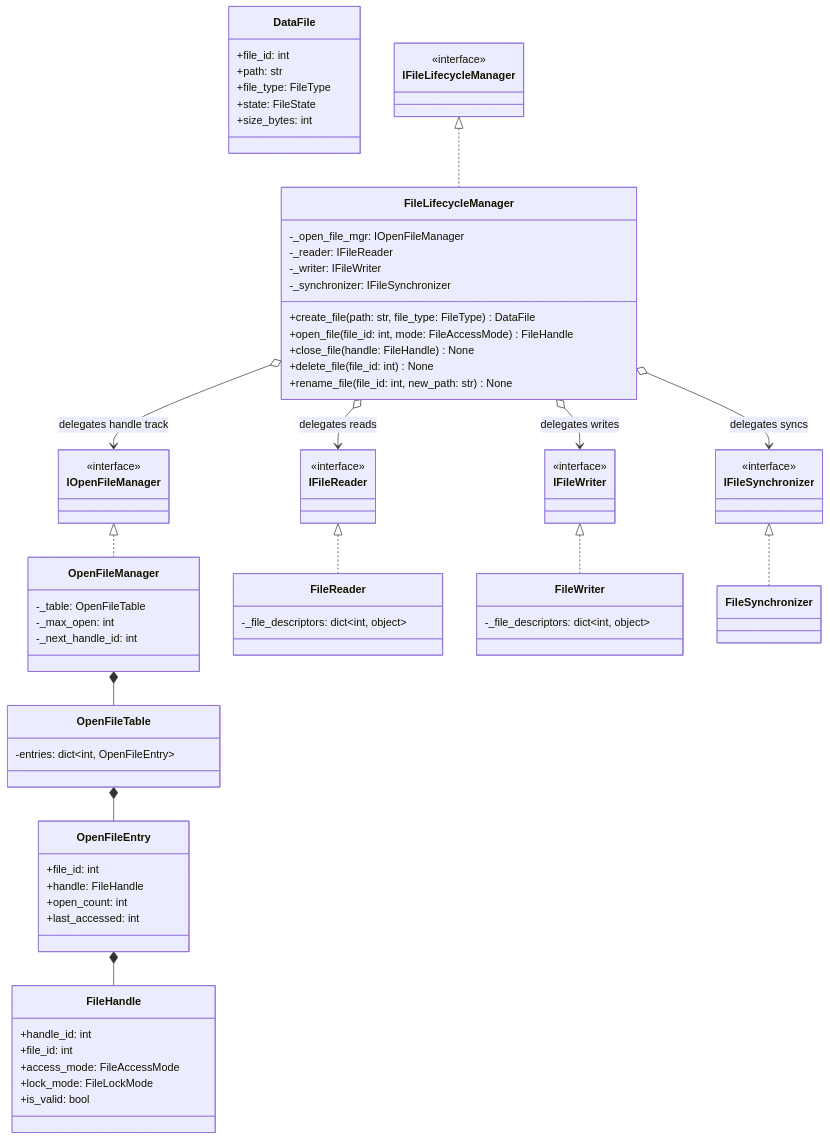
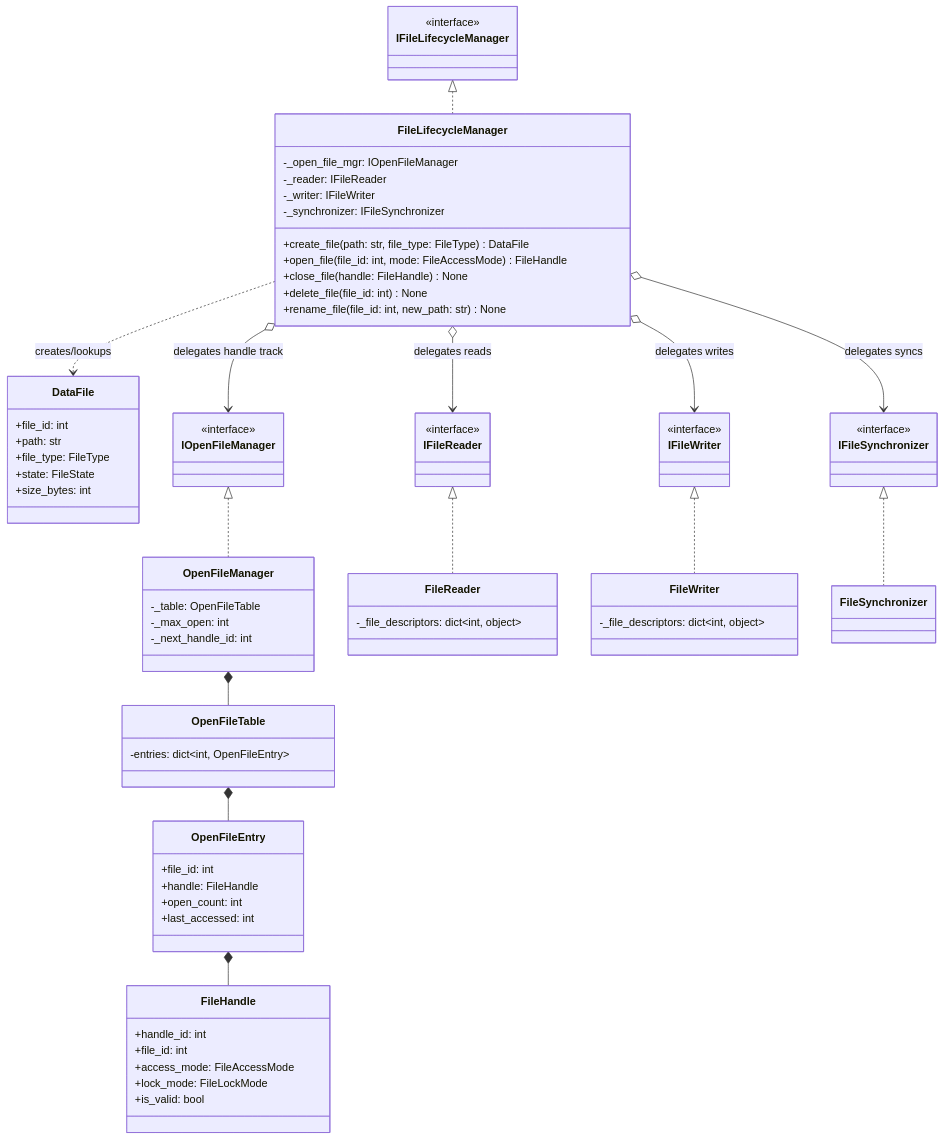
The fifth of 5 diagrams in test.md (Ricky13170/DBMS), drawn with Mermaid before and after one commit. The commit also changed other lines of this file, not shown here.

````diff
--- a/test.md
+++ b/test.md
@@ -274,4 +275,7 @@
     OpenFileManager *-- OpenFileTable
     OpenFileTable *-- OpenFileEntry
     OpenFileEntry *-- FileHandle
+
+    %% Dependencies
+    FileLifecycleManager ..> DataFile : creates/lookups
 ```
````
